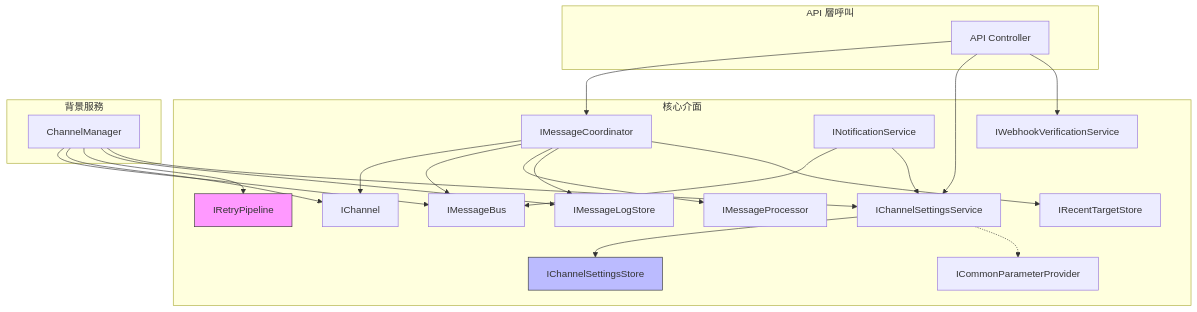
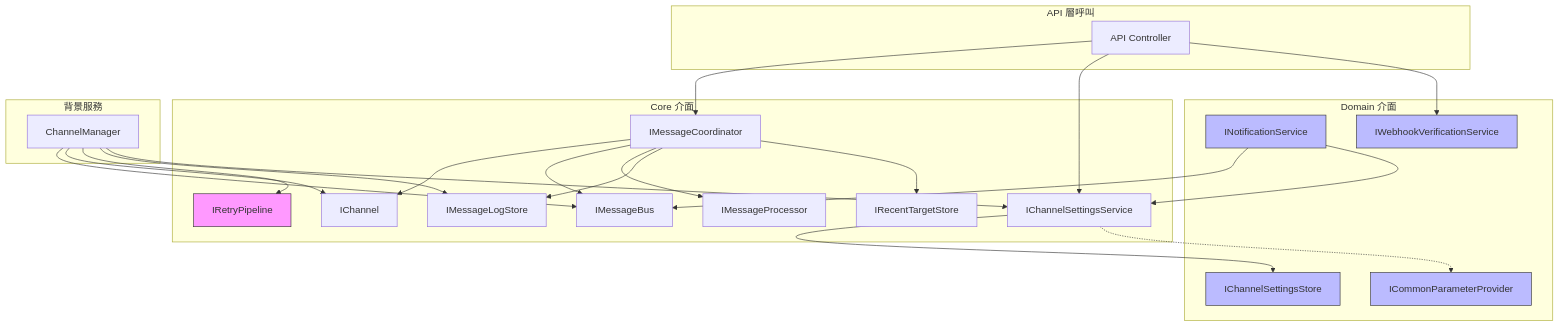
The diagram in src/MessageHub.Core/docs/02-interfaces.md (bruceagentadmin/MessageHub), drawn with Mermaid before and after one commit. The commit also changed other lines of this file and 14 other files, not shown here.

````diff
--- a/src/MessageHub.Core/docs/02-interfaces.md
+++ b/src/MessageHub.Core/docs/02-interfaces.md
@@ -30,50 +28,56 @@
 ```mermaid
 graph TD
     subgraph "API 層呼叫"
         API[API Controller]
     end
 
-    subgraph "核心介面"
+    subgraph "Core 介面"
         IMC[IMessageCoordinator]
         IMP[IMessageProcessor]
         IMB[IMessageBus]
         ICH[IChannel]
         IRP[IRetryPipeline]
         ICSS[IChannelSettingsService]
+        IMLS[IMessageLogStore]
+        IRTS[IRecentTargetStore]
+    end
+
+    subgraph "Domain 介面"
         ICSS2[IChannelSettingsStore]
         ICPP[ICommonParameterProvider]
-        IMLS[IMessageLogStore]
-        IRTS[IRecentTargetStore]
         INS[INotificationService]
         IWVS[IWebhookVerificationService]
     end
 
     subgraph "背景服務"
         CM[ChannelManager]
     end
 
     API --> IMC
     API --> ICSS
     API --> IWVS
 
     IMC --> ICH
     IMC --> IMB
     IMC --> IMP
     IMC --> IMLS
     IMC --> IRTS
 
     CM --> IMB
     CM --> ICH
     CM --> IRP
     CM --> IMLS
     CM --> ICSS
 
     INS --> IMB
     INS --> ICSS
 
     ICSS --> ICSS2
     ICSS -.-> ICPP
 
     style IRP fill:#f9f,stroke:#333
     style ICSS2 fill:#bbf,stroke:#333
+    style ICPP fill:#bbf,stroke:#333
+    style INS fill:#bbf,stroke:#333
+    style IWVS fill:#bbf,stroke:#333
 ```
````
